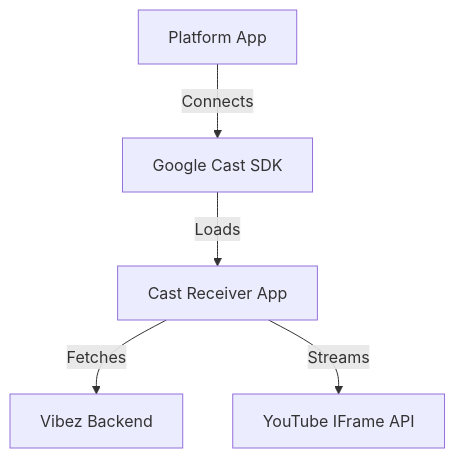
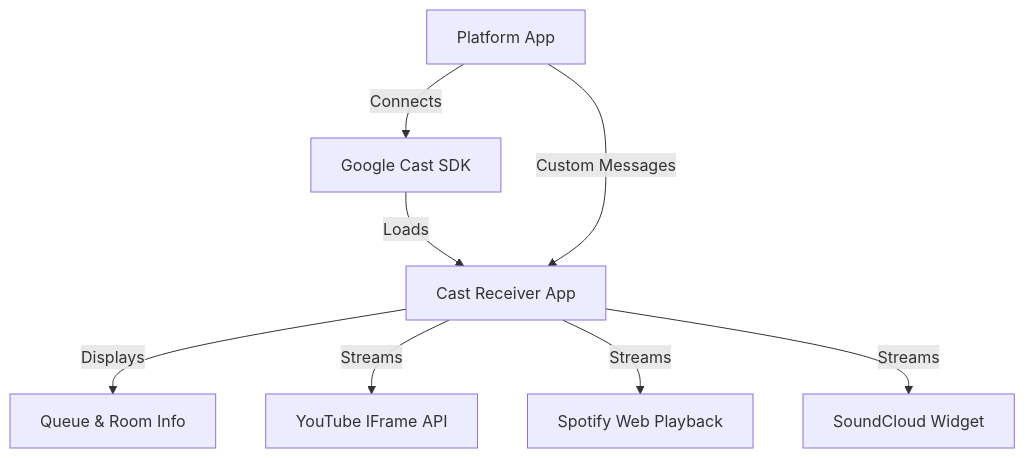
Before and after one commit to zoff-music/vibes-backend: the diagram in CAST_DEVELOPMENT_GUIDE.md, drawn with Mermaid. The commit also changed other lines of this file and 4 other files, not shown here.

````diff
--- a/CAST_DEVELOPMENT_GUIDE.md
+++ b/CAST_DEVELOPMENT_GUIDE.md
@@ -11,7 +11,10 @@
 ```mermaid
 graph TD
     Sender[Platform App] -->|Connects| CastSDK[Google Cast SDK]
     CastSDK -->|Loads| Receiver[Cast Receiver App]
-    Receiver -->|Fetches| Backend[Vibez Backend]
+    Receiver -->|Displays| Queue[Queue & Room Info]
     Receiver -->|Streams| YouTube[YouTube IFrame API]
+    Receiver -->|Streams| Spotify[Spotify Web Playback]
+    Receiver -->|Streams| SoundCloud[SoundCloud Widget]
+    Sender -->|Custom Messages| Receiver
 ```
````
